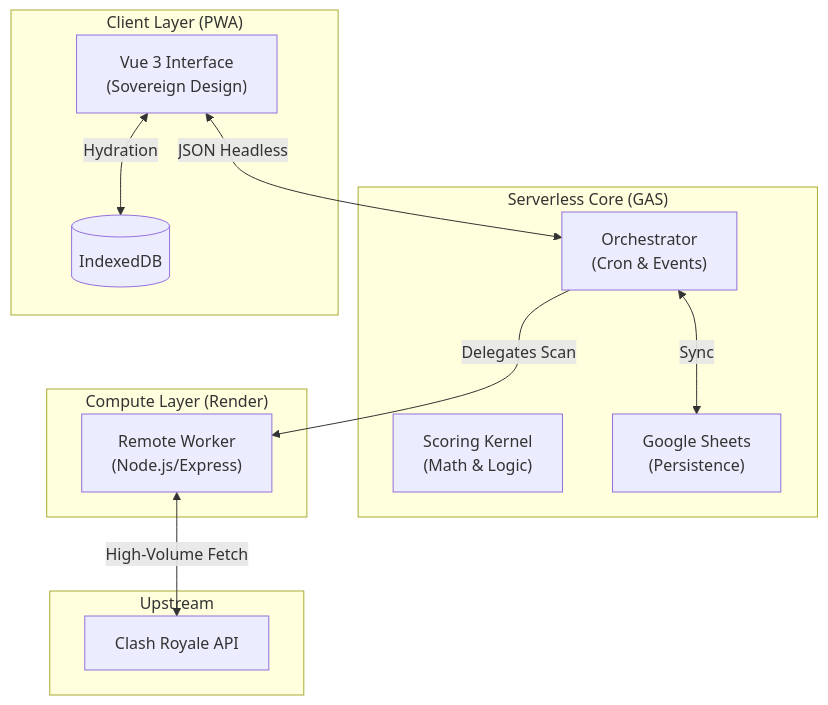
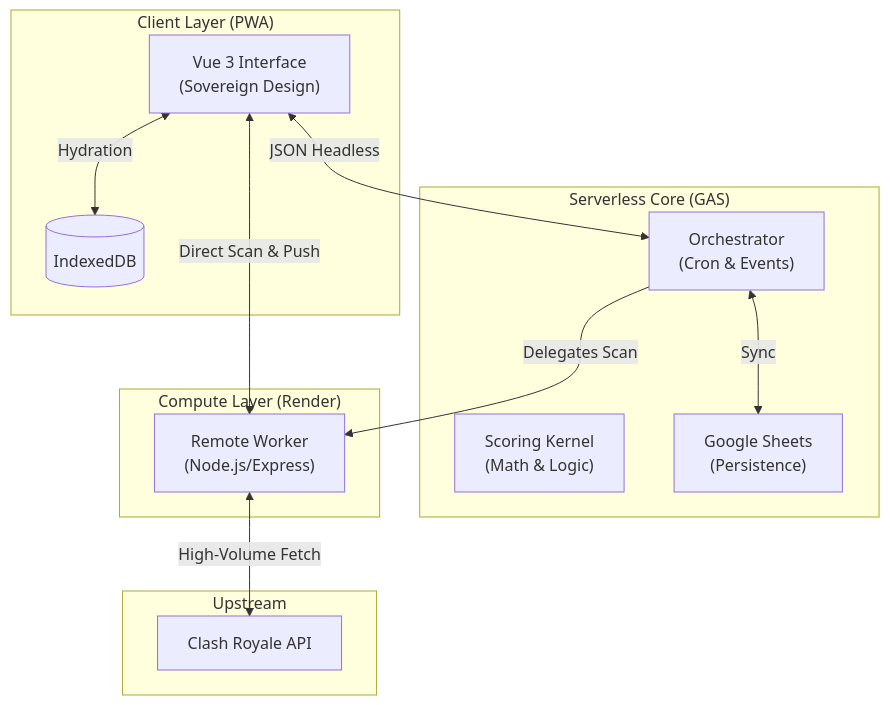
One commit to AlbiDR/Clash-Manager changed the diagram in README.md. Above: the diagram before and after it, drawn with Mermaid. The commit also changed other lines of this file, not shown here.

First line of the commit message:
docs(docs): synchronize root README with v13.1.0 and worker architecture

````diff
--- a/README.md
+++ b/README.md
@@ -105,27 +106,28 @@
 ```mermaid
 flowchart TD
     subgraph Upstream
         CRAPI["Clash Royale API"]
     end
 
     subgraph "Serverless Core (GAS)"
         Orchestrator["Orchestrator<br/>(Cron & Events)"]
         Kernel["Scoring Kernel<br/>(Math & Logic)"]
         Store["Google Sheets<br/>(Persistence)"]
     end
 
     subgraph "Compute Layer (Render)"
         Worker["Remote Worker<br/>(Node.js/Express)"]
     end
 
     subgraph "Client Layer (PWA)"
         UI["Vue 3 Interface<br/>(Sovereign Design)"]
         Cache[(IndexedDB)]
     end
 
     Orchestrator -->|Delegates Scan| Worker
     Worker <-->|High-Volume Fetch| CRAPI
     Orchestrator <-->|Sync| Store
     UI <-->|JSON Headless| Orchestrator
     UI <-->|Hydration| Cache
+    UI <-->|Direct Scan & Push| Worker
 ```
````
